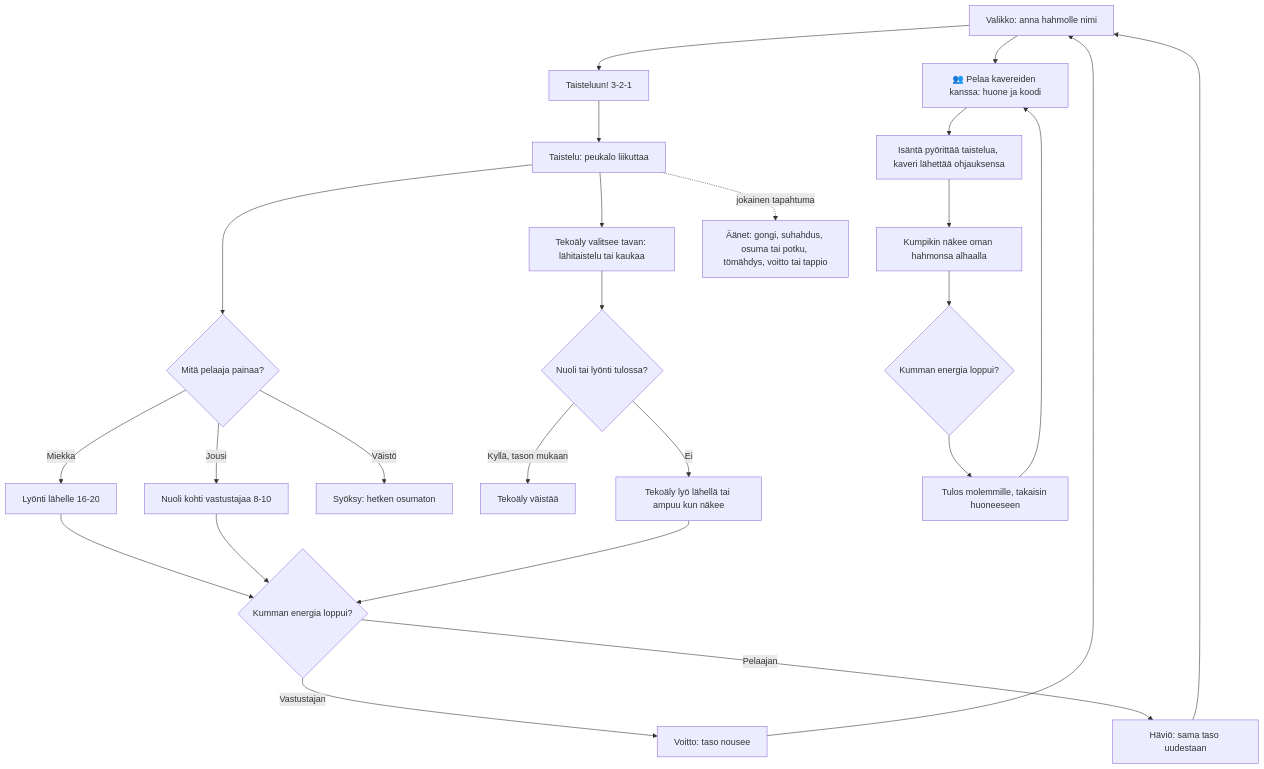
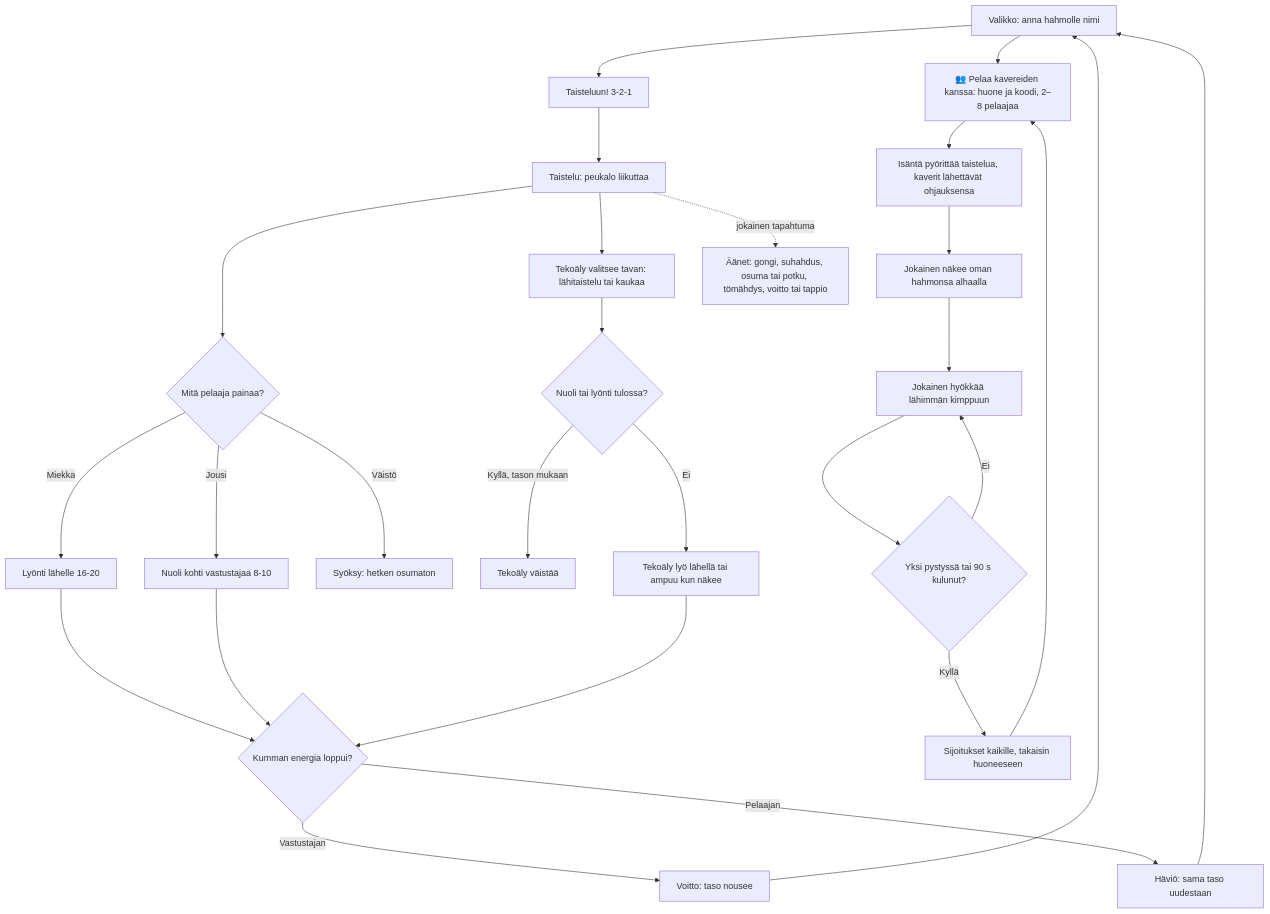
One commit to eerovil/ai-pelit changed the diagram in docs/diagrams/areena.md. Above: the diagram before and after it, drawn with Mermaid. The commit also changed other lines of this file and 4 other files, not shown here.

````diff
--- a/docs/diagrams/areena.md
+++ b/docs/diagrams/areena.md
@@ -11,36 +13,38 @@
 ```mermaid
 flowchart TD
   A[Valikko: anna hahmolle nimi] --> B[Taisteluun! 3-2-1]
   B --> C[Taistelu: peukalo liikuttaa]
   C --> D{Mitä pelaaja painaa?}
   D -- Miekka --> E[Lyönti lähelle 16-20]
   D -- Jousi --> F[Nuoli kohti vastustajaa 8-10]
   D -- Väistö --> G[Syöksy: hetken osumaton]
   C --> H[Tekoäly valitsee tavan: lähitaistelu tai kaukaa]
   H --> I{Nuoli tai lyönti tulossa?}
   I -- Kyllä, tason mukaan --> J[Tekoäly väistää]
   I -- Ei --> K[Tekoäly lyö lähellä tai ampuu kun näkee]
   E --> L{Kumman energia loppui?}
   F --> L
   K --> L
   L -- Vastustajan --> M[Voitto: taso nousee]
   L -- Pelaajan --> N[Häviö: sama taso uudestaan]
   M --> A
   N --> A
-  A --> O[👥 Pelaa kavereiden kanssa: huone ja koodi]
-  O --> P[Isäntä pyörittää taistelua, kaveri lähettää ohjauksensa]
-  P --> Q[Kumpikin näkee oman hahmonsa alhaalla]
-  Q --> R{Kumman energia loppui?}
-  R --> S[Tulos molemmille, takaisin huoneeseen]
+  A --> O[👥 Pelaa kavereiden kanssa: huone ja koodi, 2–8 pelaajaa]
+  O --> P[Isäntä pyörittää taistelua, kaverit lähettävät ohjauksensa]
+  P --> Q[Jokainen näkee oman hahmonsa alhaalla]
+  Q --> U[Jokainen hyökkää lähimmän kimppuun]
+  U --> R{Yksi pystyssä tai 90 s kulunut?}
+  R -- Ei --> U
+  R -- Kyllä --> S[Sijoitukset kaikille, takaisin huoneeseen]
   S --> O
   C -. jokainen tapahtuma .-> T[Äänet: gongi, suhahdus, osuma tai potku, tömähdys, voitto tai tappio]
   class A,B,C blue
   class D,I,L amber
   class E,F,G teal
   class H,J,K violet
   class M green
-  class O,P,Q,S teal
+  class O,P,Q,S,U teal
   class R amber
   class T violet
   class N rose
 ```
````
